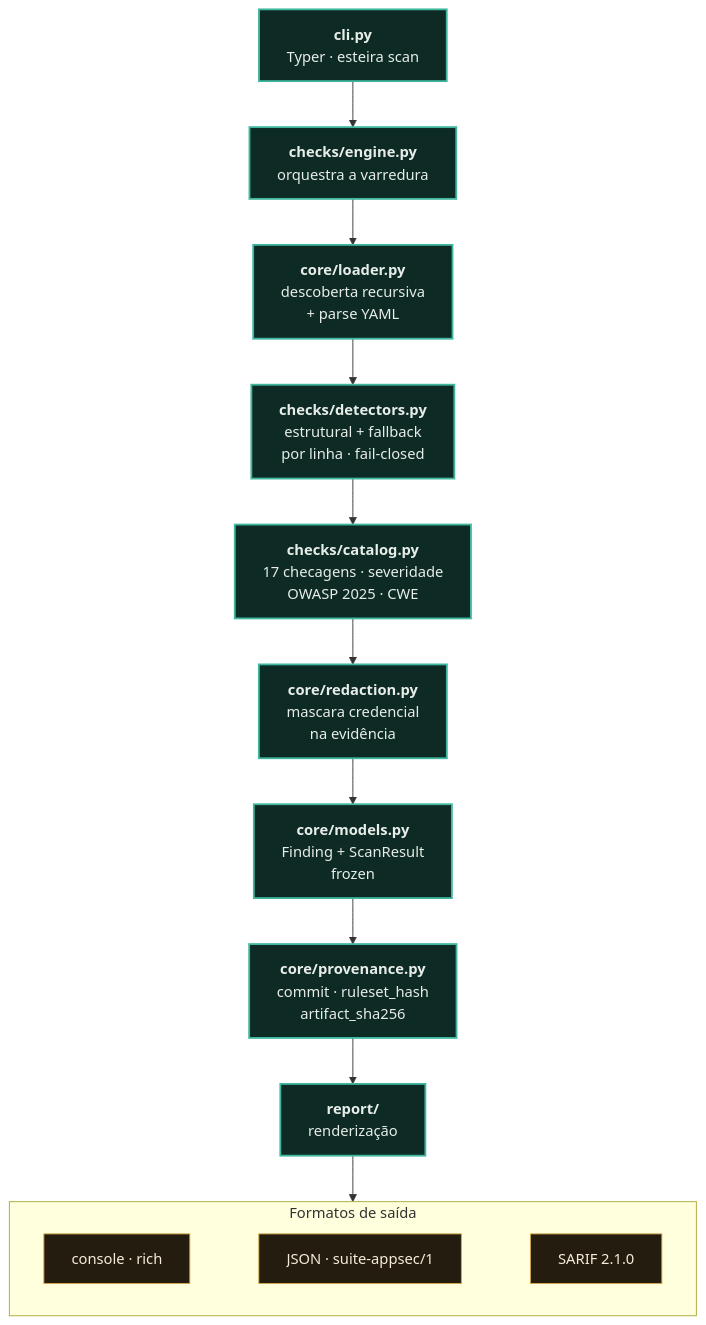
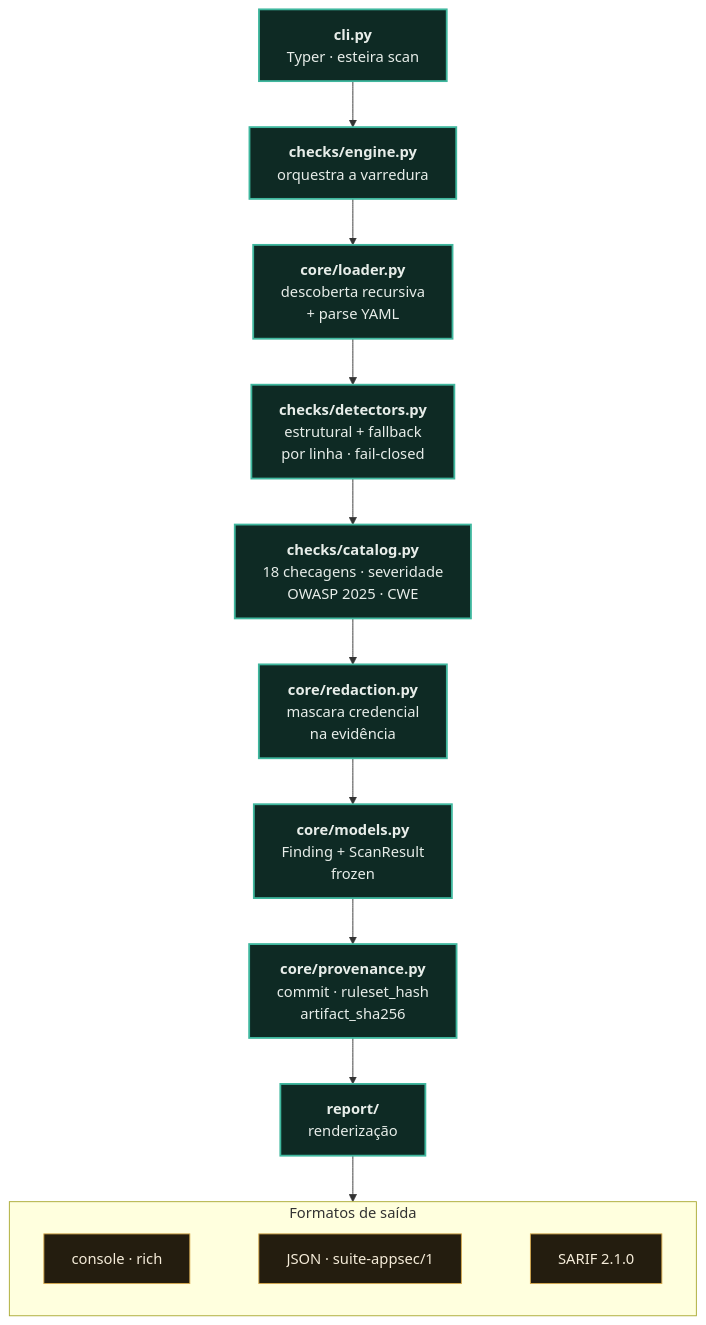
One commit to Paulo-Marcos-Lucio/esteira changed the diagram in README.md. Above: the diagram before and after it, drawn with Mermaid. The commit also changed other lines of this file and 7 other files, not shown here.

````diff
--- a/README.md
+++ b/README.md
@@ -242,20 +243,20 @@
 ```mermaid
 flowchart TD
     A["<b>cli.py</b><br/>Typer · esteira scan"] --> ENG["<b>checks/engine.py</b><br/>orquestra a varredura"]
     ENG --> LOAD["<b>core/loader.py</b><br/>descoberta recursiva<br/>+ parse YAML"]
     LOAD --> DET["<b>checks/detectors.py</b><br/>estrutural + fallback<br/>por linha · fail-closed"]
-    DET --> CAT["<b>checks/catalog.py</b><br/>17 checagens · severidade<br/>OWASP 2025 · CWE"]
+    DET --> CAT["<b>checks/catalog.py</b><br/>18 checagens · severidade<br/>OWASP 2025 · CWE"]
     CAT --> RED["<b>core/redaction.py</b><br/>mascara credencial<br/>na evidência"]
     RED --> FND["<b>core/models.py</b><br/>Finding + ScanResult<br/>frozen"]
     FND --> PRV["<b>core/provenance.py</b><br/>commit · ruleset_hash<br/>artifact_sha256"]
     PRV --> REP["<b>report/</b><br/>renderização"]
     REP --> OUT
     subgraph OUT [" Formatos de saída "]
         direction LR
         CON["console · rich"] ~~~ JS["JSON · suite-appsec/1"] ~~~ SA["SARIF 2.1.0"]
     end
     classDef nucleo fill:#0e2a24,stroke:#3fb79e,stroke-width:2px,color:#e7ede9;
     classDef saida fill:#241d0f,stroke:#d6a94e,color:#f5ecd9;
     class A,ENG,LOAD,DET,CAT,RED,FND,PRV,REP nucleo;
     class CON,JS,SA saida;
 ```
````
